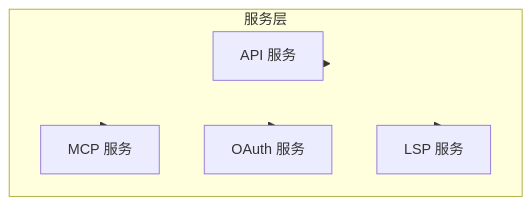
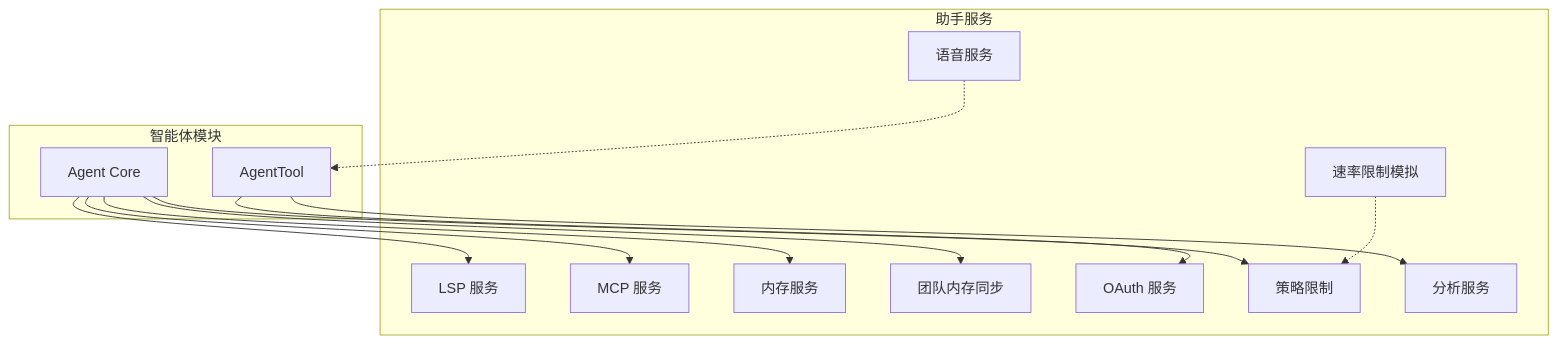
Before and after one commit to niuma996/claude-code-sourcemap-wiki: the first of 3 diagrams in .nium-wiki/wiki/services/_index.md, drawn with Mermaid. The commit also changed other lines of this file and 41 other files, not shown here.

First line of the commit message:
Restructure wiki: flatten assistant-services into services/

````diff
--- a/.nium-wiki/wiki/services/_index.md
+++ b/.nium-wiki/wiki/services/_index.md
@@ -17,13 +23,27 @@
 ```mermaid
 flowchart TB
-    subgraph SV ["服务层"]
-        API[API 服务]
-        MCP[MCP 服务]
-        OAuth[OAuth 服务]
-        LSP[LSP 服务]
+    subgraph AssistantServices["助手服务"]
+        LSP["LSP 服务"]
+        MCP["MCP 服务"]
+        OAuth["OAuth 服务"]
+        Analytics["分析服务"]
+        Memory["内存服务"]
+        TeamSync["团队内存同步"]
+        Voice["语音服务"]
+        Policy["策略限制"]
+        RateLimit["速率限制模拟"]
     end
-    SV --> API
-    SV --> MCP
-    SV --> OAuth
-    SV --> LSP
+    subgraph Agent["智能体模块"]
+        AgentCore["Agent Core"]
+        AgentTool["AgentTool"]
+    end
+    AgentCore --> LSP
+    AgentCore --> MCP
+    AgentCore --> Memory
+    AgentCore --> TeamSync
+    AgentCore --> Policy
+    AgentTool --> OAuth
+    AgentTool --> Analytics
+    Voice -.-> AgentTool
+    RateLimit -.-> Policy
 ```
````
